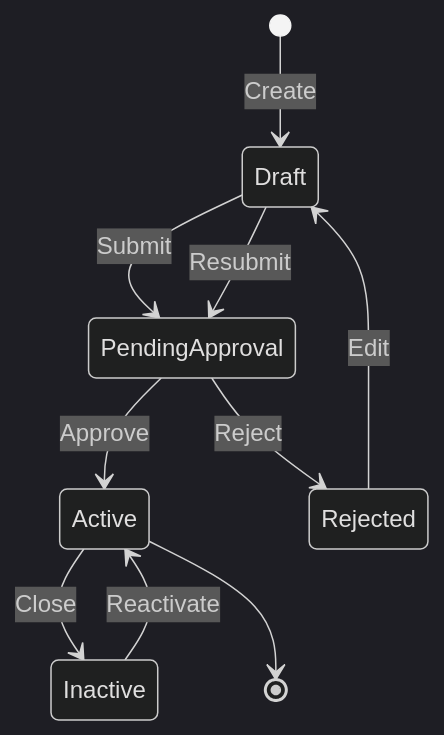
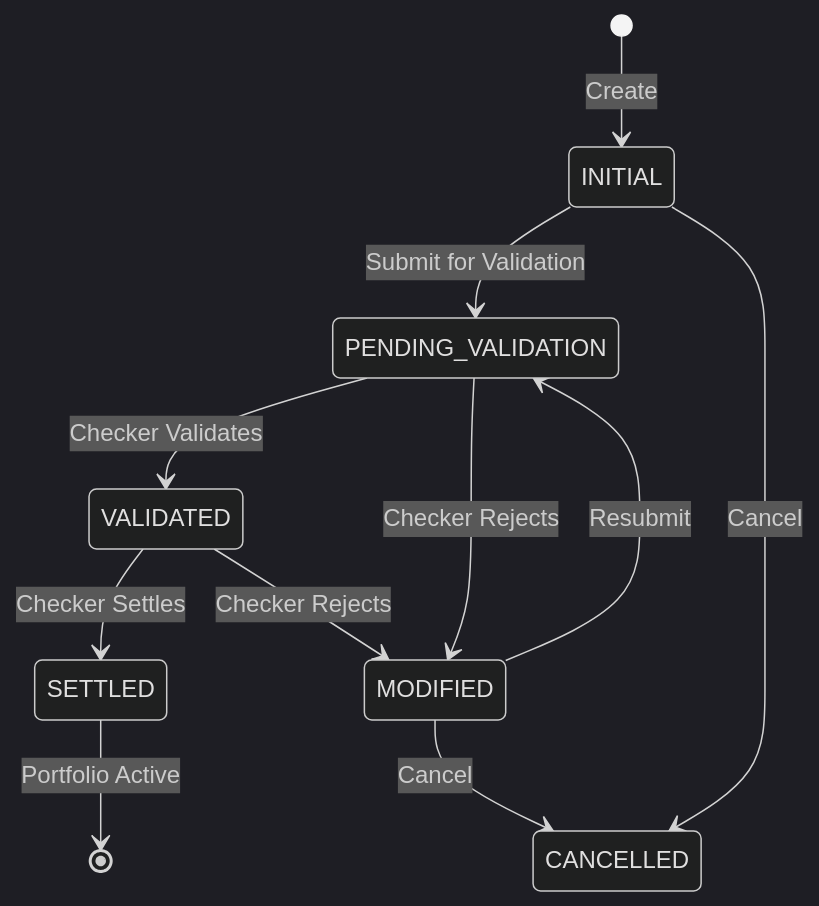
One commit to lifeislearningforever/Trade_Management_System changed the first of 2 diagrams in cis_trade_hive/docs/docs/business/portfolio-management.md. Above: the diagram before and after it, drawn with Mermaid (dark theme). The commit also changed other lines of this file and 43 other files, not shown here.

````diff
--- a/cis_trade_hive/docs/docs/business/portfolio-management.md
+++ b/cis_trade_hive/docs/docs/business/portfolio-management.md
@@ -21,12 +22,17 @@
 ```mermaid
 stateDiagram-v2
-    [*] --> Draft: Create
-    Draft --> PendingApproval: Submit
-    PendingApproval --> Active: Approve
-    PendingApproval --> Rejected: Reject
-    Rejected --> Draft: Edit
-    Draft --> PendingApproval: Resubmit
-    Active --> Inactive: Close
-    Inactive --> Active: Reactivate
-    Active --> [*]
+    [*] --> INITIAL: Create
+    INITIAL --> PENDING_VALIDATION: Submit for Validation
+    INITIAL --> CANCELLED: Cancel
+
+    PENDING_VALIDATION --> VALIDATED: Checker Validates
+    PENDING_VALIDATION --> MODIFIED: Checker Rejects
+
+    VALIDATED --> SETTLED: Checker Settles
+    VALIDATED --> MODIFIED: Checker Rejects
+
+    MODIFIED --> PENDING_VALIDATION: Resubmit
+    MODIFIED --> CANCELLED: Cancel
+
+    SETTLED --> [*]: Portfolio Active
 ```
````
